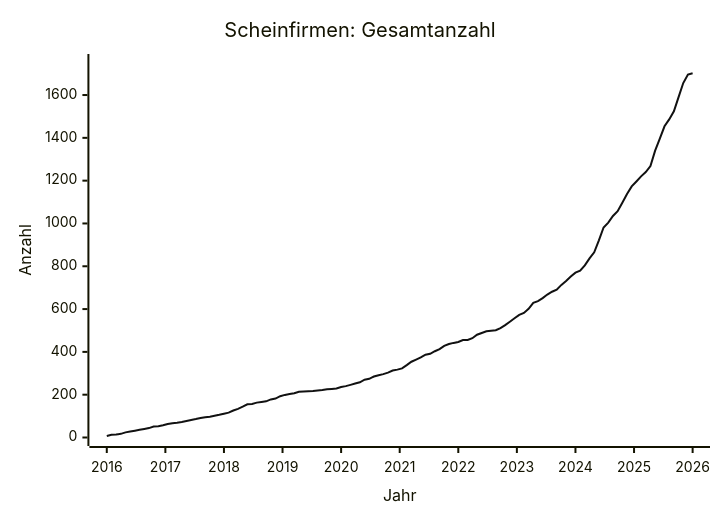
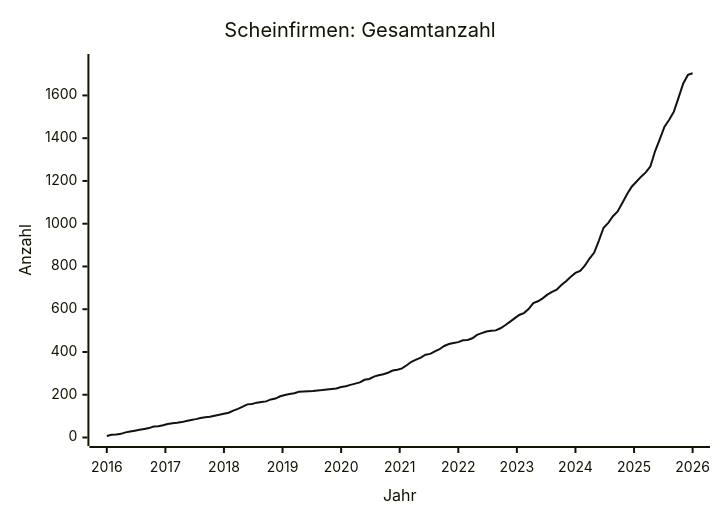
Before and after one commit to arjoma/scheinfirmen-at: the diagram in data/STATS.md, drawn with Mermaid. The commit also changed other lines of this file and 3 other files, not shown here.

````diff
--- a/data/STATS.md
+++ b/data/STATS.md
@@ -9,13 +9,13 @@
 ```mermaid
 ---
 config:
   themeVariables:
     xyChart:
       plotColorPalette: "#111111"
 ---
 xychart-beta
     title "Scheinfirmen: Gesamtanzahl"
     x-axis "Jahr" 2016 --> 2026
-    y-axis "Anzahl" 0 --> 1752
-    line [7, 13, 14, 17, 24, 28, 32, 36, 40, 44, 51, 53, 57, 63, 67, 69, 72, 77, 82, 86, 91, 95, 97, 102, 106, 111, 116, 126, 134, 144, 155, 157, 163, 166, 169, 178, 182, 193, 199, 203, 207, 214, 215, 216, 217, 220, 222, 225, 227, 229, 236, 240, 246, 252, 258, 270, 274, 285, 291, 296, 303, 313, 317, 323, 338, 354, 364, 374, 387, 391, 403, 413, 428, 437, 442, 446, 455, 456, 464, 480, 488, 496, 499, 501, 511, 525, 541, 557, 573, 582, 601, 629, 637, 651, 668, 681, 691, 713, 731, 752, 770, 779, 804, 837, 865, 921, 981, 1004, 1035, 1057, 1097, 1138, 1173, 1196, 1220, 1240, 1268, 1340, 1396, 1454, 1486, 1524, 1590, 1656, 1696, 1702]
+    y-axis "Anzahl" 0 --> 1754
+    line [7, 13, 14, 17, 24, 28, 32, 36, 40, 44, 51, 53, 57, 63, 67, 69, 72, 77, 82, 86, 91, 95, 97, 102, 106, 111, 116, 126, 134, 144, 155, 157, 163, 166, 169, 178, 182, 193, 199, 203, 207, 214, 215, 216, 217, 220, 222, 225, 227, 229, 236, 240, 246, 252, 258, 270, 274, 285, 291, 296, 303, 313, 317, 323, 338, 354, 364, 374, 387, 391, 403, 413, 428, 437, 442, 446, 455, 456, 464, 480, 488, 496, 499, 501, 511, 525, 541, 557, 573, 582, 601, 629, 637, 651, 668, 681, 691, 713, 731, 752, 770, 779, 804, 837, 865, 921, 981, 1004, 1035, 1057, 1097, 1138, 1173, 1196, 1220, 1240, 1268, 1340, 1396, 1454, 1486, 1524, 1590, 1656, 1696, 1704]
 ```
````
